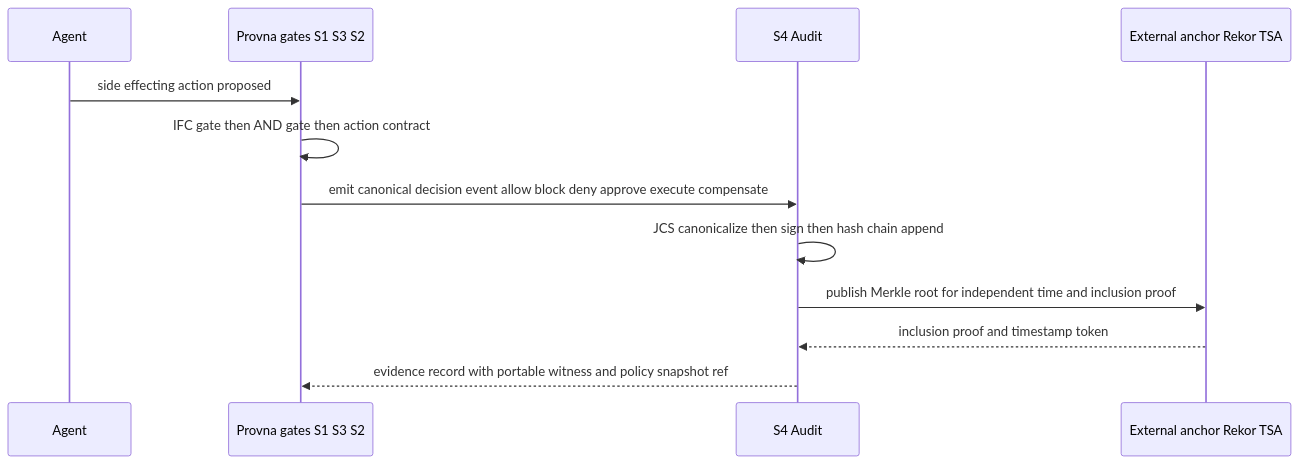
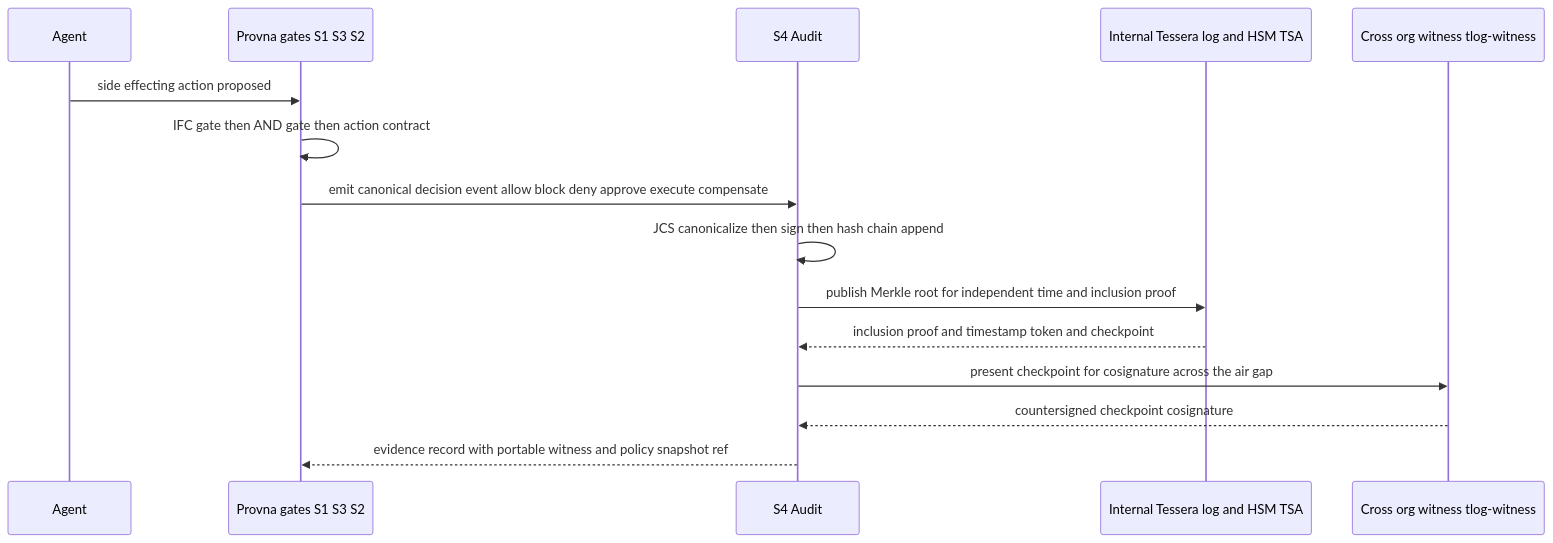
One commit to HodeTech/provna changed the second of 3 diagrams in docs/architecture/pillar-4-tamper-evident-audit.md. Above: the diagram before and after it, drawn with Mermaid. The commit also changed other lines of this file and 24 other files, not shown here.

````diff
--- a/docs/architecture/pillar-4-tamper-evident-audit.md
+++ b/docs/architecture/pillar-4-tamper-evident-audit.md
@@ -74,14 +76,17 @@
 ```mermaid
 sequenceDiagram
     participant Ag as Agent
     participant P as Provna gates S1 S3 S2
     participant S4 as S4 Audit
-    participant Anchor as External anchor Rekor TSA
+    participant Anchor as Internal Tessera log and HSM TSA
+    participant Wit as Cross org witness tlog-witness
     Ag->>P: side effecting action proposed
     P->>P: IFC gate then AND gate then action contract
     P->>S4: emit canonical decision event allow block deny approve execute compensate
     S4->>S4: JCS canonicalize then sign then hash chain append
     S4->>Anchor: publish Merkle root for independent time and inclusion proof
-    Anchor-->>S4: inclusion proof and timestamp token
+    Anchor-->>S4: inclusion proof and timestamp token and checkpoint
+    S4->>Wit: present checkpoint for cosignature across the air gap
+    Wit-->>S4: countersigned checkpoint cosignature
     S4-->>P: evidence record with portable witness and policy snapshot ref
 ```
````
